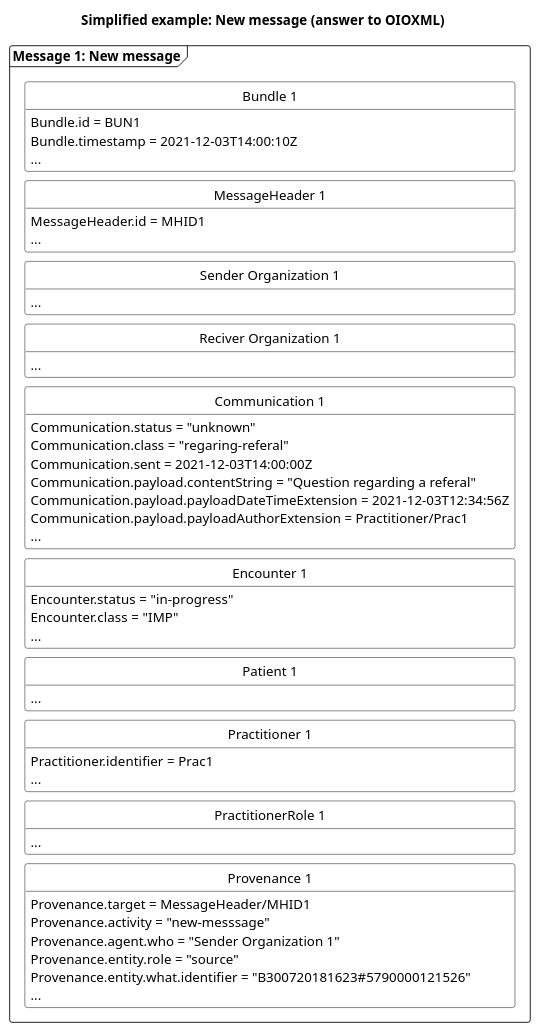
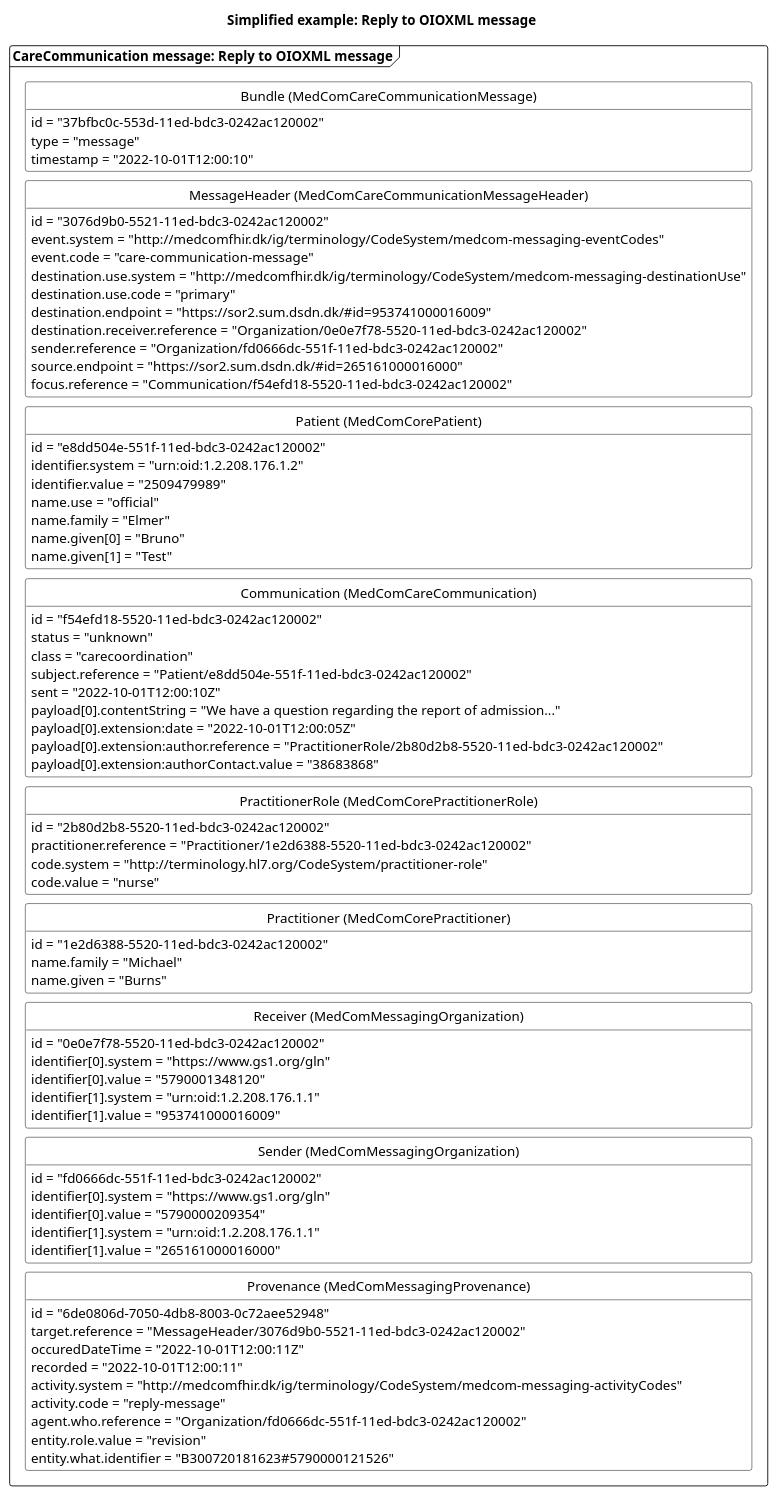
The diagram in puml/CareCommunicationReplyMessageToOIOXML.puml (medcomdk/dk-medcom-carecommunication), drawn with PlantUML before and after one commit. The commit also changed 46 other files, not shown here.

First line of the commit message:
CareCommunication updated

```diff
--- a/puml/CareCommunicationReplyMessageToOIOXML.puml
+++ b/puml/CareCommunicationReplyMessageToOIOXML.puml
@@ -1,81 +1,104 @@
-@startuml CCNewMessageOIOXML
+@startuml CCreplyOIOXMLMessage
 
 'layout
 skinparam class {
     BackgroundColor White
     BorderColor Black
     ArrowColor Black
   }
 hide circle
 hide empty members
 skinparam SameClassWidth true
 skinparam Ranksep 10
 
 
 'title
-title Simplified example: New message (answer to OIOXML)
+title Simplified example: Reply to OIOXML message
 
-'Message 1: New message
-package "Message 1: New message" as new <<Frame>>{
-    class "Bundle 1" as newB {
-        Bundle.id = BUN1
-        Bundle.timestamp = 2021-12-03T14:00:10Z
-        ...
+'Message 1: Reply to OIOXML message
+package "CareCommunication message: Reply to OIOXML message" as reply <<Frame>>{
+    class "Bundle (MedComCareCommunicationMessage)" as replyB {
+        id = "37bfbc0c-553d-11ed-bdc3-0242ac120002"
+        type = "message"
+        timestamp = "2022-10-01T12:00:10"
     }
-    class "MessageHeader 1" as newMH{
-        MessageHeader.id = MHID1
-        ...
+    class "MessageHeader (MedComCareCommunicationMessageHeader)" as replyMH{
+        id = "3076d9b0-5521-11ed-bdc3-0242ac120002"
+        event.system = "http://medcomfhir.dk/ig/terminology/CodeSystem/medcom-messaging-eventCodes"
+        event.code = "care-communication-message"
+        destination.use.system = "http://medcomfhir.dk/ig/terminology/CodeSystem/medcom-messaging-destinationUse"
+        destination.use.code = "primary"
+        destination.endpoint = "https://sor2.sum.dsdn.dk/#id=953741000016009"
+        destination.receiver.reference = "Organization/0e0e7f78-5520-11ed-bdc3-0242ac120002"
+        sender.reference = "Organization/fd0666dc-551f-11ed-bdc3-0242ac120002"
+        source.endpoint = "https://sor2.sum.dsdn.dk/#id=265161000016000"
+        focus.reference = "Communication/f54efd18-5520-11ed-bdc3-0242ac120002"
     }
-    class "Sender Organization 1" as newSOrg{
-        ...
+    class "Patient (MedComCorePatient)" as replyPT{
+        id = "e8dd504e-551f-11ed-bdc3-0242ac120002"
+        identifier.system = "urn:oid:1.2.208.176.1.2"
+        identifier.value = "2509479989"
+        name.use = "official"
+        name.family = "Elmer"
+        name.given[0] = "Bruno"
+        name.given[1] = "Test"
     }
-    class "Reciver Organization 1" as newROrg{
-        ...
+    class "Communication (MedComCareCommunication)" as replyCom{
+        id = "f54efd18-5520-11ed-bdc3-0242ac120002"
+        status = "unknown"
+        class = "carecoordination"
+        subject.reference = "Patient/e8dd504e-551f-11ed-bdc3-0242ac120002"
+        sent = "2022-10-01T12:00:10Z"
+        payload[0].contentString = "We have a question regarding the report of admission..."
+        payload[0].extension:date = "2022-10-01T12:00:05Z"
+        payload[0].extension:author.reference = "PractitionerRole/2b80d2b8-5520-11ed-bdc3-0242ac120002"
+        payload[0].extension:authorContact.value = "38683868"
     }
-    class "Communication 1" as newCom{
-        Communication.status = "unknown"
-        Communication.class = "regaring-referal"
-        Communication.sent = 2021-12-03T14:00:00Z
-        Communication.payload.contentString = "Question regarding a referal"
-        Communication.payload.payloadDateTimeExtension = 2021-12-03T12:34:56Z
-        Communication.payload.payloadAuthorExtension = Practitioner/Prac1
-        ...
+    class "PractitionerRole (MedComCorePractitionerRole)" as replyPracR{
+        id = "2b80d2b8-5520-11ed-bdc3-0242ac120002"
+        practitioner.reference = "Practitioner/1e2d6388-5520-11ed-bdc3-0242ac120002"
+        code.system = "http://terminology.hl7.org/CodeSystem/practitioner-role"
+        code.value = "nurse"
     }
-    class "Encounter 1" as newENC{
-        Encounter.status = "in-progress"
-        Encounter.class = "IMP"
-        ...
+    class "Practitioner (MedComCorePractitioner)" as replyPrac{
+        id = "1e2d6388-5520-11ed-bdc3-0242ac120002"
+        name.family = "Michael"
+        name.given = "Burns"
     }
-    class "Patient 1" as newPT{
-        ...
+    class "Receiver (MedComMessagingOrganization)" as replyROrg{
+        id = "0e0e7f78-5520-11ed-bdc3-0242ac120002"
+        identifier[0].system = "https://www.gs1.org/gln"
+        identifier[0].value = "5790001348120"
+        identifier[1].system = "urn:oid:1.2.208.176.1.1"
+        identifier[1].value = "953741000016009"
     }
-    class "Practitioner 1" as newPrac{
-        Practitioner.identifier = Prac1
-        ...
+    class "Sender (MedComMessagingOrganization)" as replySOrg{
+        id = "fd0666dc-551f-11ed-bdc3-0242ac120002"
+        identifier[0].system = "https://www.gs1.org/gln"
+        identifier[0].value = "5790000209354"
+        identifier[1].system = "urn:oid:1.2.208.176.1.1"
+        identifier[1].value = "265161000016000"
     }
-    class "PractitionerRole 1" as newPracR{
-        ...
-    }
-    class "Provenance 1" as newPRO{
-        Provenance.target = MessageHeader/MHID1
-        Provenance.activity = "new-messsage"
-        Provenance.agent.who = "Sender Organization 1"
-        Provenance.entity.role = "source"
-        Provenance.entity.what.identifier = "B300720181623#5790000121526"
-        ...
+    class "Provenance (MedComMessagingProvenance)" as replyPRO{
+        id = "6de0806d-7050-4db8-8003-0c72aee52948"
+        target.reference = "MessageHeader/3076d9b0-5521-11ed-bdc3-0242ac120002"
+        occuredDateTime = "2022-10-01T12:00:11Z"
+        recorded = "2022-10-01T12:00:11"
+        activity.system = "http://medcomfhir.dk/ig/terminology/CodeSystem/medcom-messaging-activityCodes"
+        activity.code = "reply-message"
+        agent.who.reference = "Organization/fd0666dc-551f-11ed-bdc3-0242ac120002"
+        entity.role.value = "revision"
+        entity.what.identifier = "B300720181623#5790000121526"
     }
 
-newB -[hidden]- newMH
-newMH -[hidden]- newSOrg
-newSOrg-[hidden]-newROrg
-newROrg-[hidden]-newCom
-newCom -[hidden]- newENC
-newENC-[hidden]-newPT
-newPT-[hidden]-newPrac
-newPrac-[hidden]-newPracR
-newPracR-[hidden]-newPRO
+replyB -[hidden]- replyMH
+replyMH -[hidden]-replyPT
+replyPT-[hidden]-replyCom
+replyCom -[hidden]-replyPracR
+replyPracR-[hidden]-replyPrac
+replyPrac-[hidden]-replyROrg
+replyROrg-[hidden]- replySOrg
+replySOrg-[hidden]-replyPRO
 
 
-
-}
 @enduml
```
